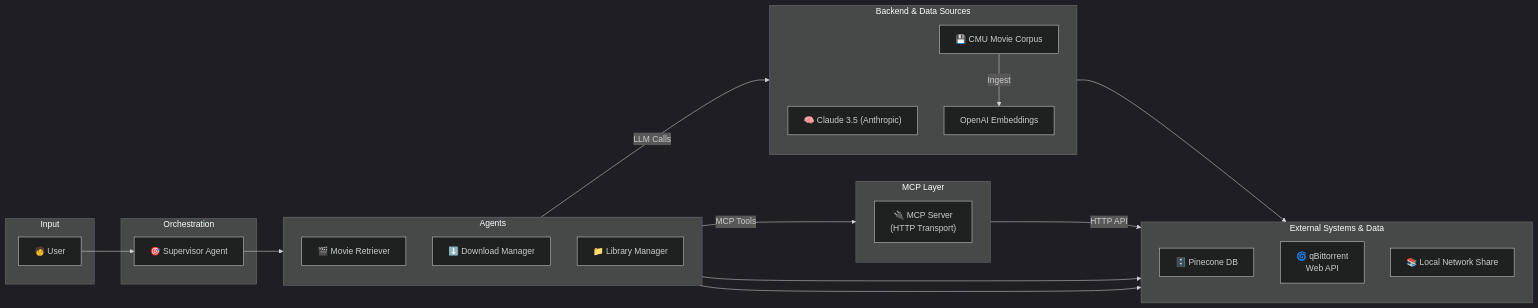
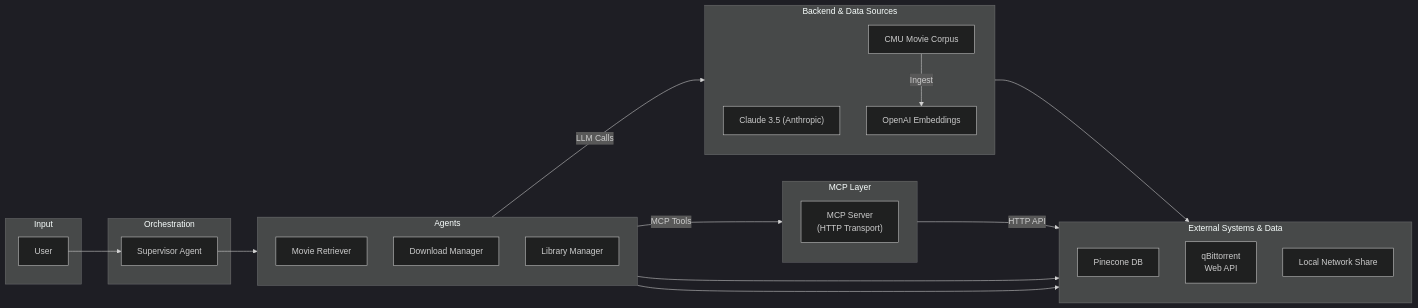
The first of 4 diagrams in README.md (elisarchod/turtle_app), drawn with Mermaid (dark theme) before and after one commit. The commit also changed other lines of this file, not shown here.

````diff
--- a/README.md
+++ b/README.md
@@ -21,50 +21,50 @@
 ```mermaid
 graph LR
     %% Define Groups
     subgraph Input
-        User["🧑 User"]
+        User["User"]
     end
 
     subgraph Orchestration
-        Supervisor["🎯 Supervisor Agent"]
+        Supervisor["Supervisor Agent"]
     end
 
     subgraph Agents
         direction TB
-        MovieRetriever["🎬 Movie Retriever"]
-        DownloadManager["⬇️ Download Manager"]
-        LibraryManager["📁 Library Manager"]
+        MovieRetriever["Movie Retriever"]
+        DownloadManager["Download Manager"]
+        LibraryManager["Library Manager"]
     end
 
     subgraph MCP["MCP Layer"]
         direction TB
-        MCPServer["🔌 MCP Server<br/>(HTTP Transport)"]
+        MCPServer["MCP Server<br/>(HTTP Transport)"]
     end
 
     subgraph ExternalSystems["External Systems & Data"]
         direction TB
-        PineconeDB["🗄️ Pinecone DB"]
-        QBittorrent["🌀 qBittorrent<br/>Web API"]
-        NetworkShare["📚 Local Network Share"]
+        PineconeDB["Pinecone DB"]
+        QBittorrent["qBittorrent<br/>Web API"]
+        NetworkShare["Local Network Share"]
     end
 
     subgraph BackendServices["Backend & Data Sources"]
         direction TB
-        LLM["🧠 Claude 3.5 (Anthropic)"]
+        LLM["Claude 3.5 (Anthropic)"]
         Embeddings["OpenAI Embeddings"]
-        CMUCorpus["💾 CMU Movie Corpus"]
+        CMUCorpus["CMU Movie Corpus"]
     end
 
     %% Define Flow
     User --> Supervisor --> Agents
 
     Agents -- "LLM Calls" --> LLM
 
     MovieRetriever --> PineconeDB
     DownloadManager -- "MCP Tools" --> MCPServer
     MCPServer -- "HTTP API" --> QBittorrent
     LibraryManager --> NetworkShare
 
     CMUCorpus -- "Ingest" --> Embeddings --> PineconeDB
 
 ```
````
